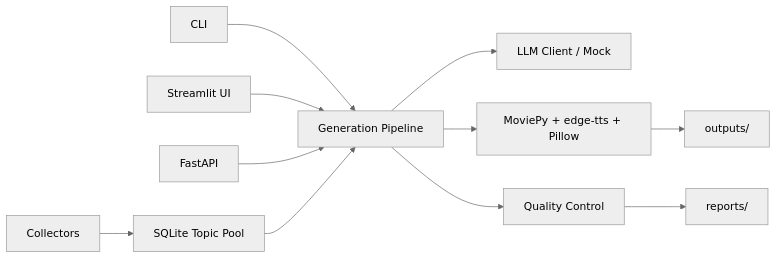
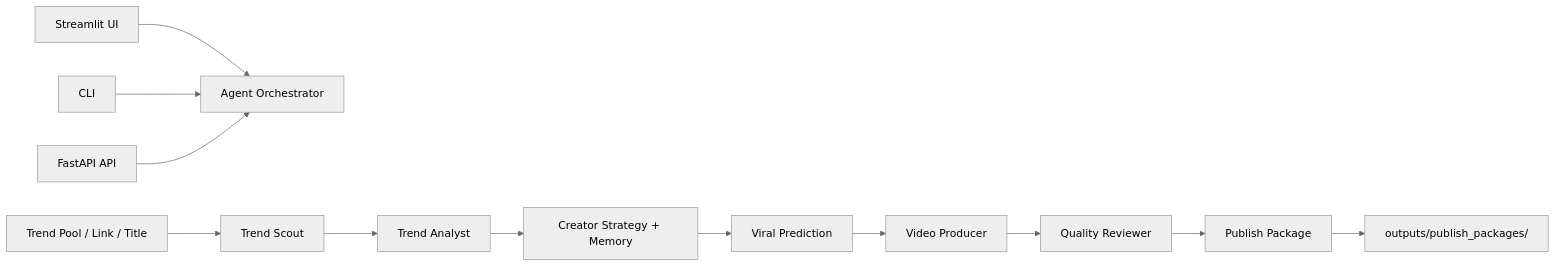
Before and after one commit to 2417467487-hub/Trend2Video-Pro: the diagram in docs/ARCHITECTURE.md, drawn with Mermaid (neutral theme). The commit also changed other lines of this file and 41 other files, not shown here.

Commit message:
Upgrade Trend2Video Pro agent framework

````diff
--- a/docs/ARCHITECTURE.md
+++ b/docs/ARCHITECTURE.md
@@ -5,13 +5,14 @@
 ```mermaid
 flowchart LR
-    CLI["CLI"] --> Pipeline["Generation Pipeline"]
-    UI["Streamlit UI"] --> Pipeline
-    API["FastAPI"] --> Pipeline
-    Collectors["Collectors"] --> DB["SQLite Topic Pool"]
-    DB --> Pipeline
-    Pipeline --> LLM["LLM Client / Mock"]
-    Pipeline --> Media["MoviePy + edge-tts + Pillow"]
-    Pipeline --> QC["Quality Control"]
-    Media --> Outputs["outputs/"]
-    QC --> Reports["reports/"]
+    UI["Streamlit UI"] --> ORCH["Agent Orchestrator"]
+    CLI["CLI"] --> ORCH
+    API["FastAPI API"] --> ORCH
+    TOPICS["Trend Pool / Link / Title"] --> SCOUT["Trend Scout"]
+    SCOUT --> ANALYST["Trend Analyst"]
+    ANALYST --> FIT["Creator Strategy + Memory"]
+    FIT --> VIRAL["Viral Prediction"]
+    VIRAL --> PROD["Video Producer"]
+    PROD --> QC["Quality Reviewer"]
+    QC --> PKG["Publish Package"]
+    PKG --> OUT["outputs/publish_packages/"]
 ```
````
